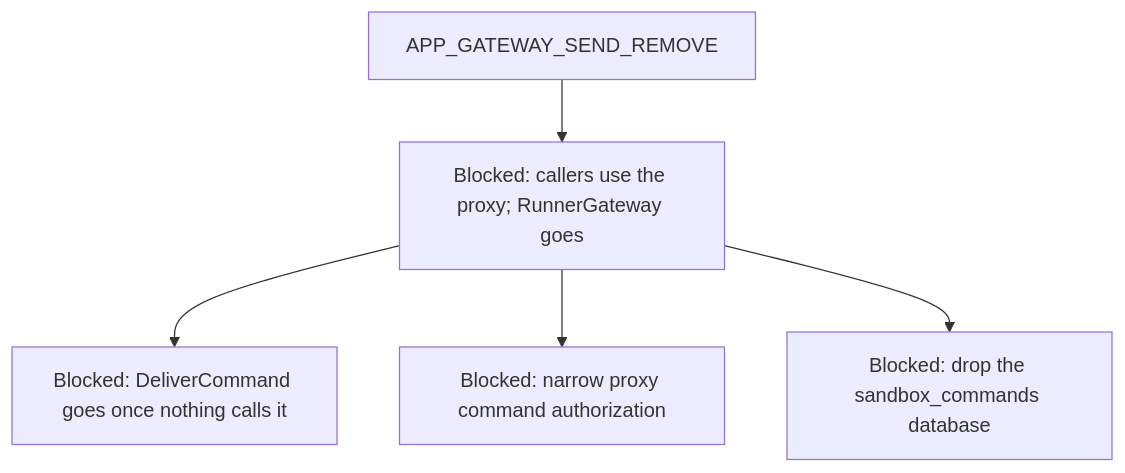
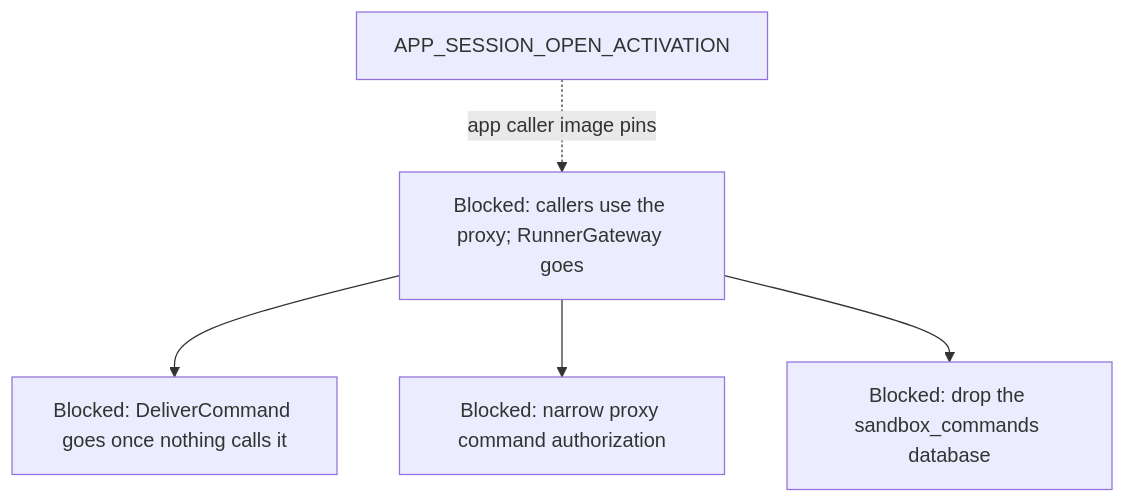
Before and after one commit to agentydragon/ducktape: diagram 15 of 15 in agentplane/plans/task_dag.md, drawn with Mermaid. The commit also changed other lines of this file and 3 other files, not shown here.

````diff
--- a/agentplane/plans/task_dag.md
+++ b/agentplane/plans/task_dag.md
@@ -1240,11 +1212,11 @@
 ```mermaid
 flowchart TD
     RUNNER_COMMAND_RPCS[Blocked: DeliverCommand goes once nothing calls it]
     GATEWAY_WRAPPER_RETIRE --> RUNNER_COMMAND_RPCS
     GATEWAY_WRAPPER_RETIRE[Blocked: callers use the proxy; RunnerGateway goes]
     GATEWAY_DATABASE_DROP[Blocked: drop the sandbox_commands database]
-    APP_GATEWAY_SEND_REMOVE --> GATEWAY_WRAPPER_RETIRE
+    APP_SESSION_OPEN_ACTIVATION -. app caller image pins .-> GATEWAY_WRAPPER_RETIRE
     PROXY_START_METHODS_DISPATCHER_ONLY[Blocked: narrow proxy command authorization]
     GATEWAY_WRAPPER_RETIRE --> PROXY_START_METHODS_DISPATCHER_ONLY
     GATEWAY_WRAPPER_RETIRE --> GATEWAY_DATABASE_DROP
 ```
````
